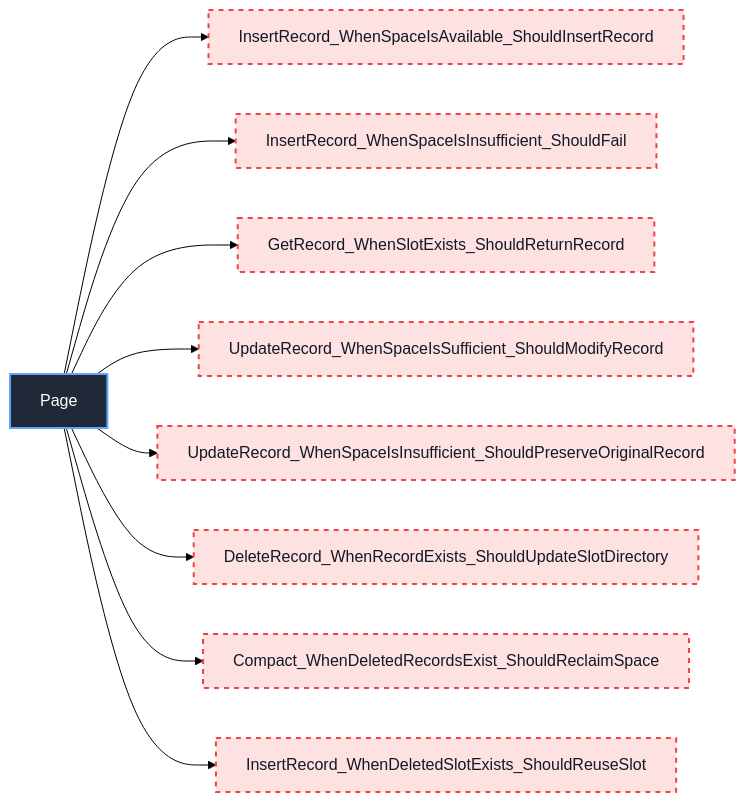
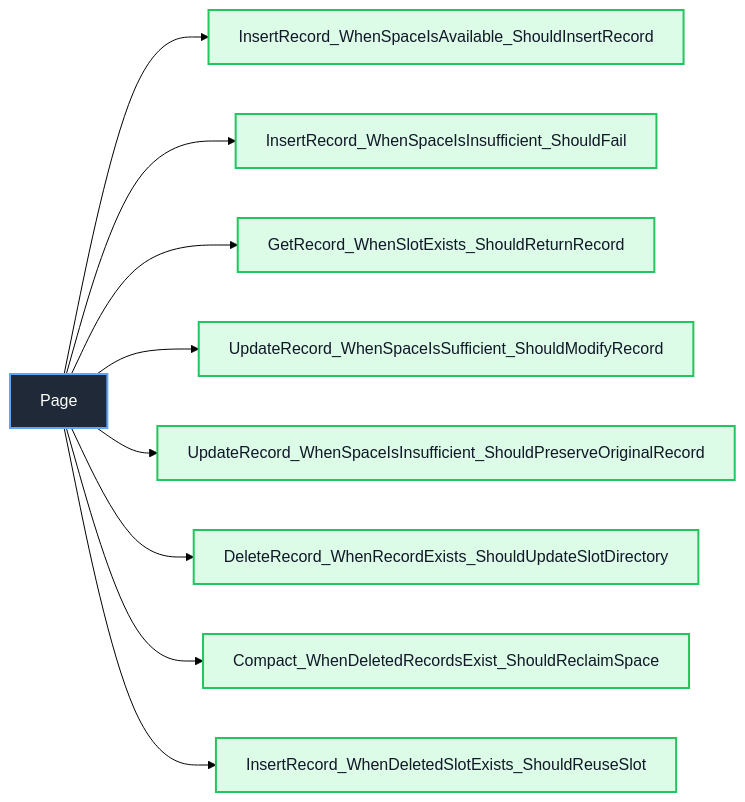
One commit to manaxpow/DBMS changed diagram 19 of 31 in docs/unit-test/README.md. Above: the diagram before and after it, drawn with Mermaid (forest theme). The commit also changed other lines of this file and 10 other files, not shown here.

````diff
--- a/docs/unit-test/README.md
+++ b/docs/unit-test/README.md
@@ -430,20 +430,20 @@
 ```mermaid
 flowchart LR
     Class_Page["Page"]
 
     Class_Page --> PG_001["InsertRecord_WhenSpaceIsAvailable_ShouldInsertRecord"]
     Class_Page --> PG_002["InsertRecord_WhenSpaceIsInsufficient_ShouldFail"]
     Class_Page --> PG_003["GetRecord_WhenSlotExists_ShouldReturnRecord"]
     Class_Page --> PG_004["UpdateRecord_WhenSpaceIsSufficient_ShouldModifyRecord"]
     Class_Page --> PG_005["UpdateRecord_WhenSpaceIsInsufficient_ShouldPreserveOriginalRecord"]
     Class_Page --> PG_006["DeleteRecord_WhenRecordExists_ShouldUpdateSlotDirectory"]
     Class_Page --> PG_007["Compact_WhenDeletedRecordsExist_ShouldReclaimSpace"]
     Class_Page --> PG_008["InsertRecord_WhenDeletedSlotExists_ShouldReuseSlot"]
 
     classDef classNode fill:#1f2937,stroke:#60a5fa,color:#ffffff,stroke-width:2px
     classDef completedTest fill:#dcfce7,stroke:#22c55e,color:#111827,stroke-width:2px
     classDef missingTest fill:#fee2e2,stroke:#ef4444,color:#111827,stroke-width:2px,stroke-dasharray: 5 5
 
     class Class_Page classNode
-    class PG_001,PG_002,PG_003,PG_004,PG_005,PG_006,PG_007,PG_008 missingTest
+    class PG_001,PG_002,PG_003,PG_004,PG_005,PG_006,PG_007,PG_008 completedTest
 ```
````
